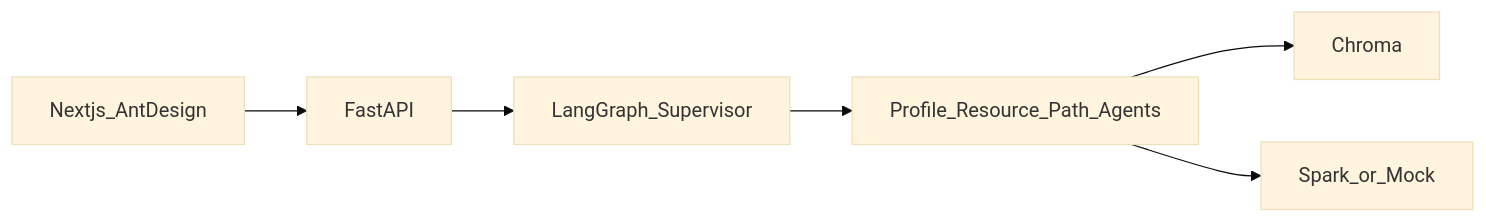
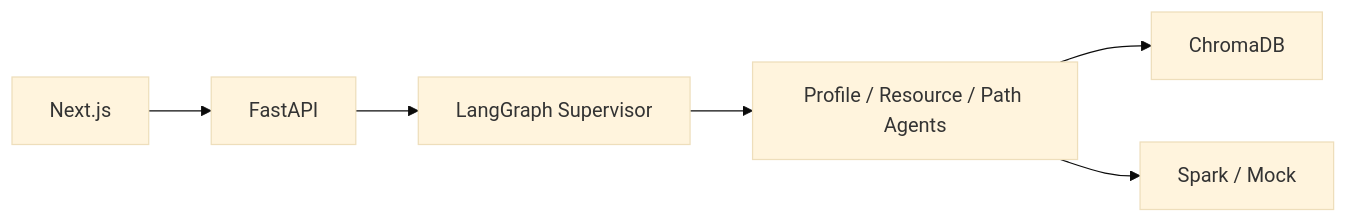
One commit to NPUYUN/LearnPath changed the diagram in README.md. Above: the diagram before and after it, drawn with Mermaid (base theme). The commit also changed other lines of this file, not shown here.

````diff
--- a/README.md
+++ b/README.md
@@ -204,8 +244,8 @@
 ```mermaid
 flowchart LR
-  UI[Nextjs_AntDesign] --> API[FastAPI]
-  API --> Graph[LangGraph_Supervisor]
-  Graph --> Agents[Profile_Resource_Path_Agents]
-  Agents --> RAG[Chroma]
-  Agents --> LLM[Spark_or_Mock]
+  UI[Next.js] --> API[FastAPI]
+  API --> Graph[LangGraph Supervisor]
+  Graph --> Agents[Profile / Resource / Path Agents]
+  Agents --> RAG[ChromaDB]
+  Agents --> LLM[Spark / Mock]
 ```
````
